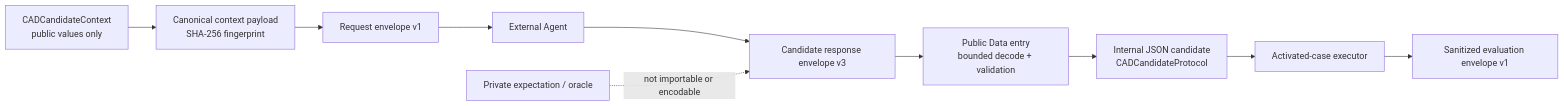
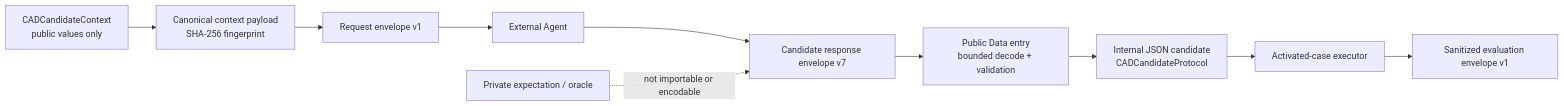
Before and after one commit to 1amageek/Rupa: the first of 2 diagrams in RupaKit/Sources/RupaAgentCADBenchmarkJSONAdapter/DESIGN.md, drawn with Mermaid. The commit also changed other lines of this file and 32 other files, not shown here.

````diff
--- a/RupaKit/Sources/RupaAgentCADBenchmarkJSONAdapter/DESIGN.md
+++ b/RupaKit/Sources/RupaAgentCADBenchmarkJSONAdapter/DESIGN.md
@@ -52,12 +53,12 @@
 ```mermaid
 flowchart LR
     PublicContext["CADCandidateContext\npublic values only"] --> Canonical["Canonical context payload\nSHA-256 fingerprint"]
     Canonical --> Request["Request envelope v1"]
-    External["External Agent"] --> Response["Candidate response envelope v3"]
+    External["External Agent"] --> Response["Candidate response envelope v7"]
     Request --> External
     Response --> Validate["Public Data entry\nbounded decode + validation"]
     Validate --> Candidate["Internal JSON candidate\nCADCandidateProtocol"]
     Candidate --> Executor["Activated-case executor"]
     Executor --> Evaluation["Sanitized evaluation envelope v1"]
     Private["Private expectation / oracle"] -. "not importable or encodable" .-> Response
 ```
````
